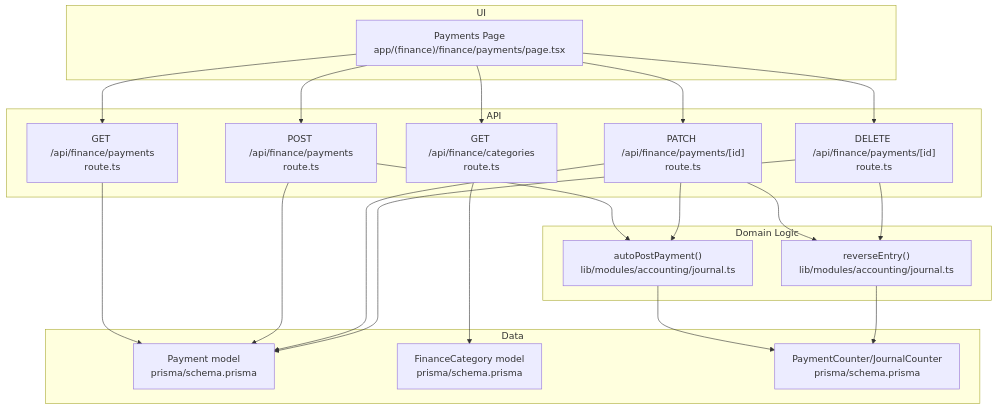
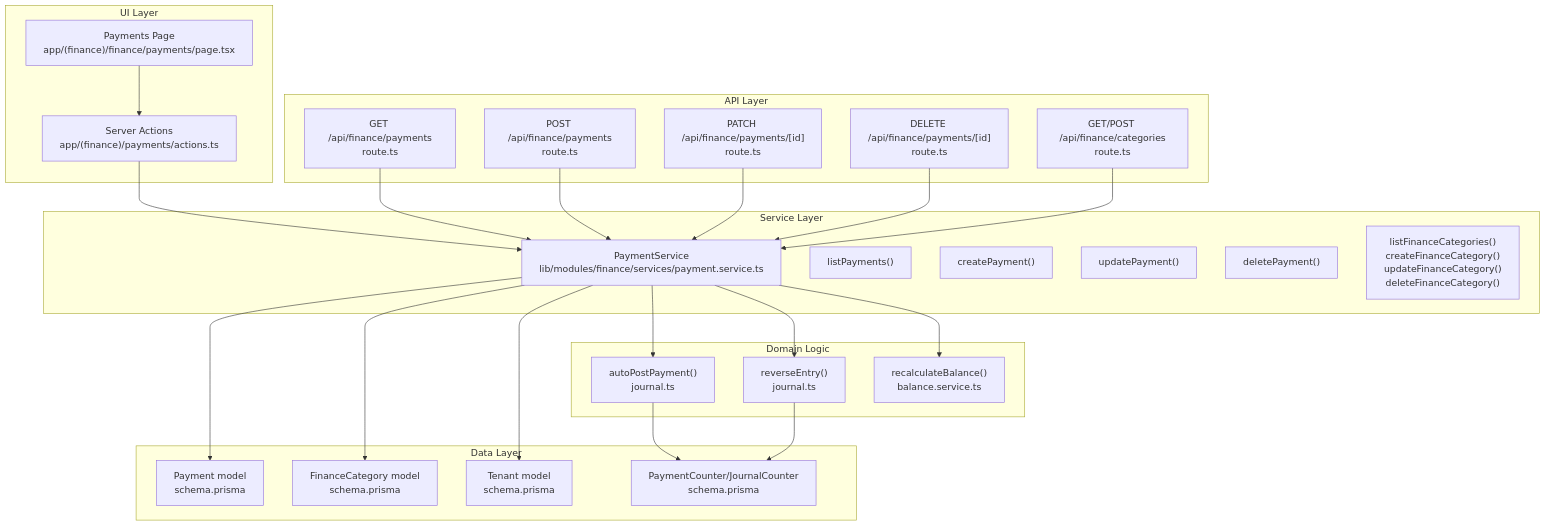
One commit to nzey11/erp-new changed the first of 5 diagrams in .qoder/repowiki/en/content/Finance Module/Payment Processing.md. Above: the diagram before and after it, drawn with Mermaid. The commit also changed other lines of this file and 46 other files, not shown here.

````diff
--- a/.qoder/repowiki/en/content/Finance Module/Payment Processing.md
+++ b/.qoder/repowiki/en/content/Finance Module/Payment Processing.md
@@ -34,38 +51,48 @@
 ```mermaid
 graph TB
-subgraph "UI"
-UI_Payments["Payments Page<br/>app/(finance)/finance/payments/page.tsx"]
+subgraph "Service Layer"
+PS["PaymentService<br/>lib/modules/finance/services/payment.service.ts"]
+PS_List["listPayments()"]
+PS_Create["createPayment()"]
+PS_Update["updatePayment()"]
+PS_Delete["deletePayment()"]
+PS_Categories["listFinanceCategories()<br/>createFinanceCategory()<br/>updateFinanceCategory()<br/>deleteFinanceCategory()"]
 end
-subgraph "API"
+subgraph "API Layer"
 API_List["GET /api/finance/payments<br/>route.ts"]
 API_Create["POST /api/finance/payments<br/>route.ts"]
 API_Update["PATCH /api/finance/payments/[id]<br/>route.ts"]
 API_Delete["DELETE /api/finance/payments/[id]<br/>route.ts"]
-API_Categories["GET /api/finance/categories<br/>route.ts"]
+API_Categories["GET/POST /api/finance/categories<br/>route.ts"]
+end
+subgraph "UI Layer"
+UI_Payments["Payments Page<br/>app/(finance)/finance/payments/page.tsx"]
+UI_FormActions["Server Actions<br/>app/(finance)/payments/actions.ts"]
 end
 subgraph "Domain Logic"
-J_Post["autoPostPayment()<br/>lib/modules/accounting/journal.ts"]
-J_Reverse["reverseEntry()<br/>lib/modules/accounting/journal.ts"]
+J_Post["autoPostPayment()<br/>journal.ts"]
+J_Reverse["reverseEntry()<br/>journal.ts"]
+Recalc["recalculateBalance()<br/>balance.service.ts"]
 end
-subgraph "Data"
-DB_Payment["Payment model<br/>prisma/schema.prisma"]
-DB_Category["FinanceCategory model<br/>prisma/schema.prisma"]
-DB_Counters["PaymentCounter/JournalCounter<br/>prisma/schema.prisma"]
+subgraph "Data Layer"
+DB_Payment["Payment model<br/>schema.prisma"]
+DB_Category["FinanceCategory model<br/>schema.prisma"]
+DB_Tenant["Tenant model<br/>schema.prisma"]
+DB_Counters["PaymentCounter/JournalCounter<br/>schema.prisma"]
 end
-UI_Payments --> API_List
-UI_Payments --> API_Create
-UI_Payments --> API_Update
-UI_Payments --> API_Delete
-UI_Payments --> API_Categories
-API_Create --> J_Post
-API_Update --> J_Reverse
-API_Update --> J_Post
-API_Delete --> J_Reverse
-API_List --> DB_Payment
-API_Create --> DB_Payment
-API_Update --> DB_Payment
-API_Delete --> DB_Payment
-API_Categories --> DB_Category
+UI_Payments --> UI_FormActions
+UI_FormActions --> PS
+API_List --> PS
+API_Create --> PS
+API_Update --> PS
+API_Delete --> PS
+API_Categories --> PS
+PS --> DB_Payment
+PS --> DB_Category
+PS --> DB_Tenant
+PS --> J_Post
+PS --> J_Reverse
+PS --> Recalc
 J_Post --> DB_Counters
 J_Reverse --> DB_Counters
 ```
````
